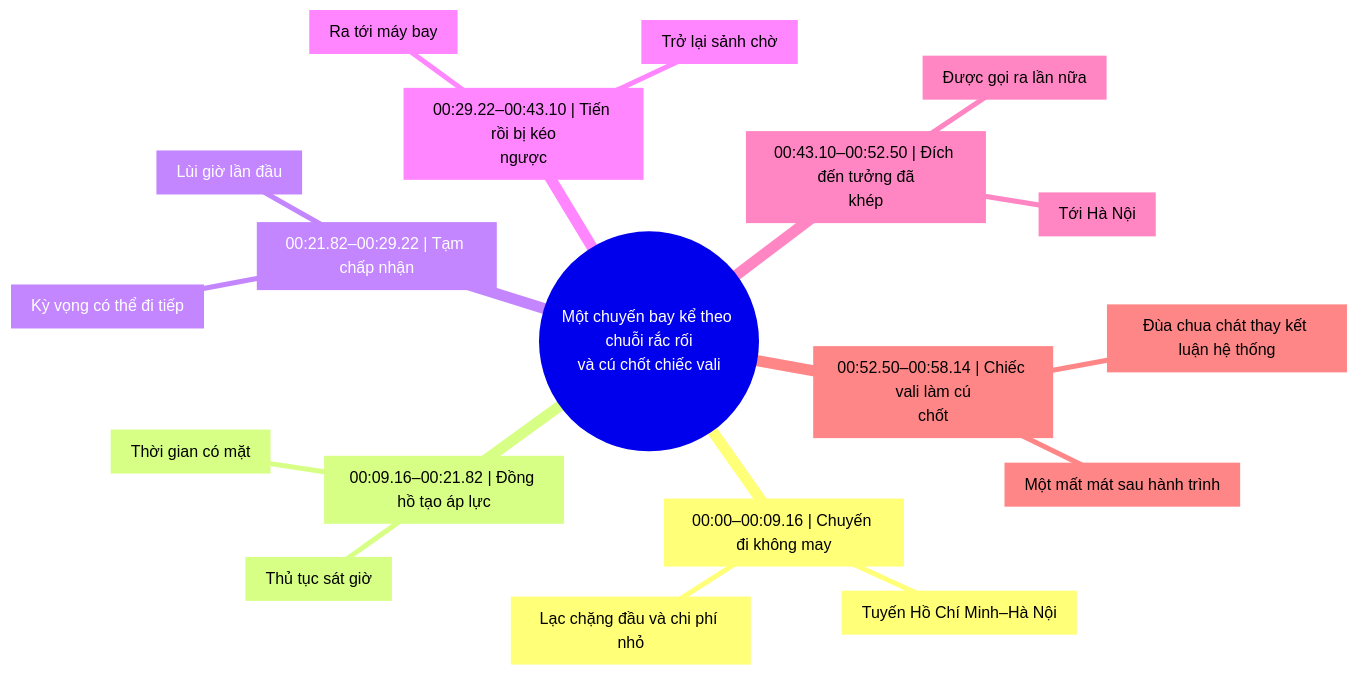
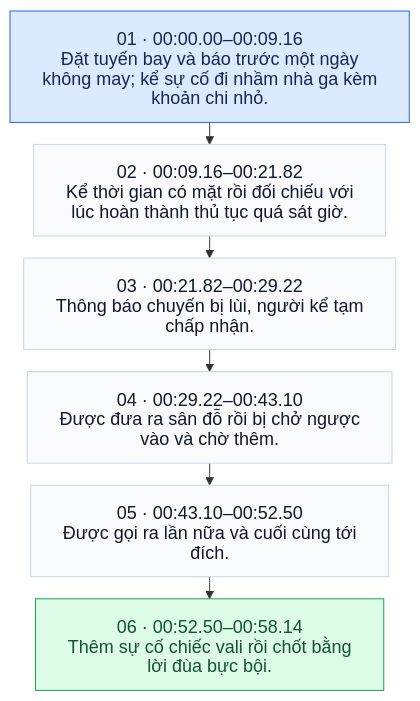
The diagram in skills/hook-script/references/corpus/mindmaps/7608607292241497362.mmd (vilo0411/hook-script-kit), drawn with Mermaid before and after one commit. The commit also changed 103 other files, not shown here.

Commit message:
Diversify Vietnamese clip sources and replace radial maps with story flows

```diff
--- a/skills/hook-script/references/corpus/mindmaps/7608607292241497362.mmd
+++ b/skills/hook-script/references/corpus/mindmaps/7608607292241497362.mmd
@@ -1,20 +1,19 @@
-mindmap
-  root((Một chuyến bay kể theo chuỗi rắc rối<br/>và cú chốt chiếc vali))
-    b0["00:00–00:09.16 | Chuyến đi không may"]
-      b0c0["Tuyến Hồ Chí Minh–Hà Nội"]
-      b0c1["Lạc chặng đầu và chi phí nhỏ"]
-    b1["00:09.16–00:21.82 | Đồng hồ tạo áp lực"]
-      b1c0["Thời gian có mặt"]
-      b1c1["Thủ tục sát giờ"]
-    b2["00:21.82–00:29.22 | Tạm chấp nhận"]
-      b2c0["Lùi giờ lần đầu"]
-      b2c1["Kỳ vọng có thể đi tiếp"]
-    b3["00:29.22–00:43.10 | Tiến rồi bị kéo<br/>ngược"]
-      b3c0["Ra tới máy bay"]
-      b3c1["Trở lại sảnh chờ"]
-    b4["00:43.10–00:52.50 | Đích đến tưởng đã<br/>khép"]
-      b4c0["Được gọi ra lần nữa"]
-      b4c1["Tới Hà Nội"]
-    b5["00:52.50–00:58.14 | Chiếc vali làm cú<br/>chốt"]
-      b5c0["Một mất mát sau hành trình"]
-      b5c1["Đùa chua chát thay kết luận hệ thống"]
+%%{init: {"htmlLabels": false, "themeVariables": {"fontSize": "18px"}, "flowchart": {"padding": 16, "rankSpacing": 22, "wrappingWidth": 360}}}%%
+flowchart TD
+  n0["01 · 00:00.00–00:09.16<br/>Đặt tuyến bay và báo trước một ngày<br/>không may; kể sự cố đi nhầm nhà ga kèm<br/>khoản chi nhỏ."]
+  n1["02 · 00:09.16–00:21.82<br/>Kể thời gian có mặt rồi đối chiếu với<br/>lúc hoàn thành thủ tục quá sát giờ."]
+  n0 --> n1
+  n2["03 · 00:21.82–00:29.22<br/>Thông báo chuyến bị lùi, người kể tạm<br/>chấp nhận."]
+  n1 --> n2
+  n3["04 · 00:29.22–00:43.10<br/>Được đưa ra sân đỗ rồi bị chở ngược<br/>vào và chờ thêm."]
+  n2 --> n3
+  n4["05 · 00:43.10–00:52.50<br/>Được gọi ra lần nữa và cuối cùng tới<br/>đích."]
+  n3 --> n4
+  n5["06 · 00:52.50–00:58.14<br/>Thêm sự cố chiếc vali rồi chốt bằng<br/>lời đùa bực bội."]
+  n4 --> n5
+  classDef phase fill:#F8FAFC,stroke:#CBD5E1,color:#0F172A,font-size:18px;
+  classDef opening fill:#DBEAFE,stroke:#2563EB,color:#172554,font-size:18px;
+  classDef ending fill:#DCFCE7,stroke:#16A34A,color:#14532D,font-size:18px;
+  class n0,n1,n2,n3,n4,n5 phase;
+  class n0 opening;
+  class n5 ending;
```
